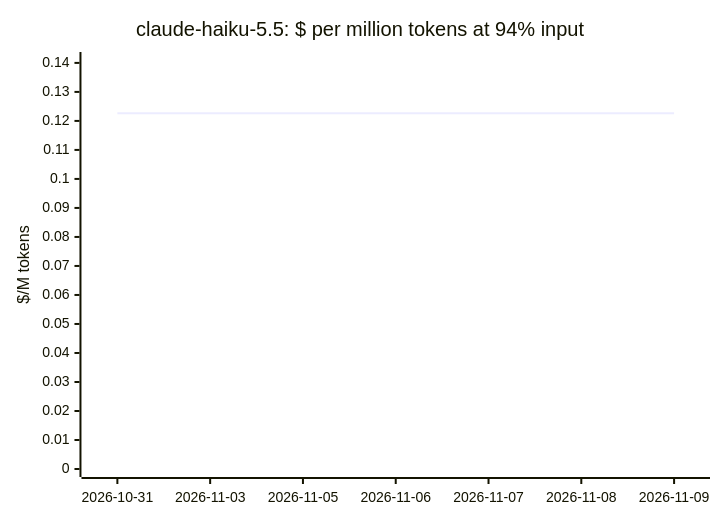
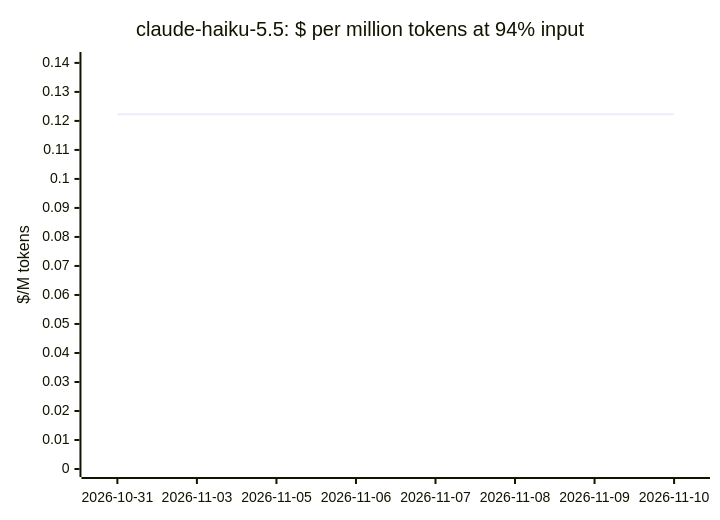
One commit to cklukas/OMEGA_TRANSFORM changed the fifth of 19 diagrams in docs/openrouter-models.md. Above: the diagram before and after it, drawn with Mermaid. The commit also changed other lines of this file and 49 other files, not shown here.

````diff
--- a/docs/openrouter-models.md
+++ b/docs/openrouter-models.md
@@ -176,7 +174,7 @@
 ```mermaid
 xychart-beta
     title "claude-haiku-5.5: $ per million tokens at 94% input"
-    x-axis ["2026-10-31", "2026-11-03", "2026-11-05", "2026-11-06", "2026-11-07", "2026-11-08", "2026-11-09"]
+    x-axis ["2026-10-31", "2026-11-03", "2026-11-05", "2026-11-06", "2026-11-07", "2026-11-08", "2026-11-09", "2026-11-10"]
     y-axis "$/M tokens" 0 --> 0.141
-    line [0.1226, 0.1226, 0.1226, 0.1226, 0.1226, 0.1226, 0.1226]
+    line [0.1223, 0.1223, 0.1223, 0.1223, 0.1223, 0.1223, 0.1223, 0.1223]
 ```
````
